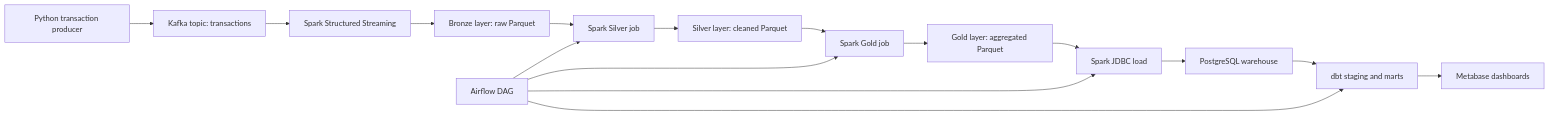
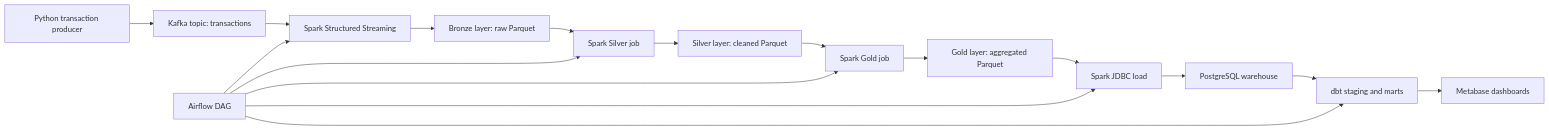
The diagram in ARCHITECTURE.md (gabensaw/fintech-data-platform), drawn with Mermaid before and after one commit. The commit also changed other lines of this file and 3 other files, not shown here.

````diff
--- a/ARCHITECTURE.md
+++ b/ARCHITECTURE.md
@@ -30,18 +30,20 @@
 ```mermaid
 flowchart LR
     Producer[Python transaction producer] --> Kafka[Kafka topic: transactions]
     Kafka --> BronzeJob[Spark Structured Streaming]
     BronzeJob --> Bronze[Bronze layer: raw Parquet]
     Bronze --> SilverJob[Spark Silver job]
     SilverJob --> Silver[Silver layer: cleaned Parquet]
     Silver --> GoldJob[Spark Gold job]
     GoldJob --> Gold[Gold layer: aggregated Parquet]
     Gold --> Loader[Spark JDBC load]
     Loader --> Warehouse[PostgreSQL warehouse]
     Warehouse --> Dbt[dbt staging and marts]
     Dbt --> Metabase[Metabase dashboards]
-    Airflow[Airflow DAG] --> SilverJob
+    Airflow[Airflow DAG]
+    Airflow --> BronzeJob
+    Airflow --> SilverJob
     Airflow --> GoldJob
     Airflow --> Loader
     Airflow --> Dbt
 ```
````
